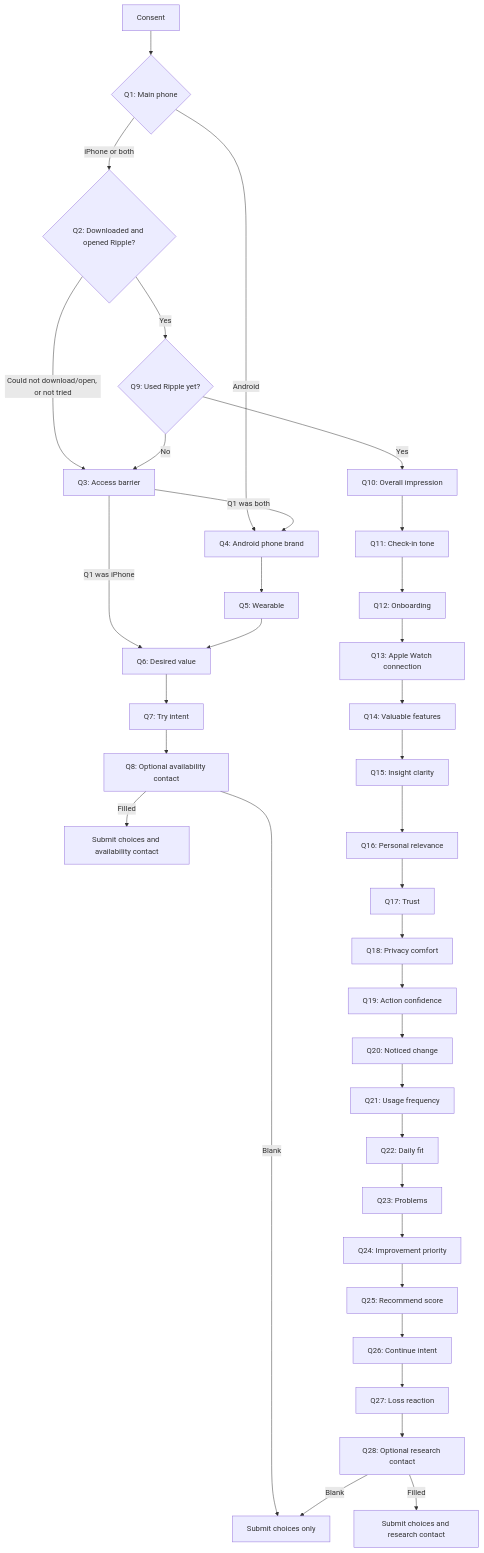
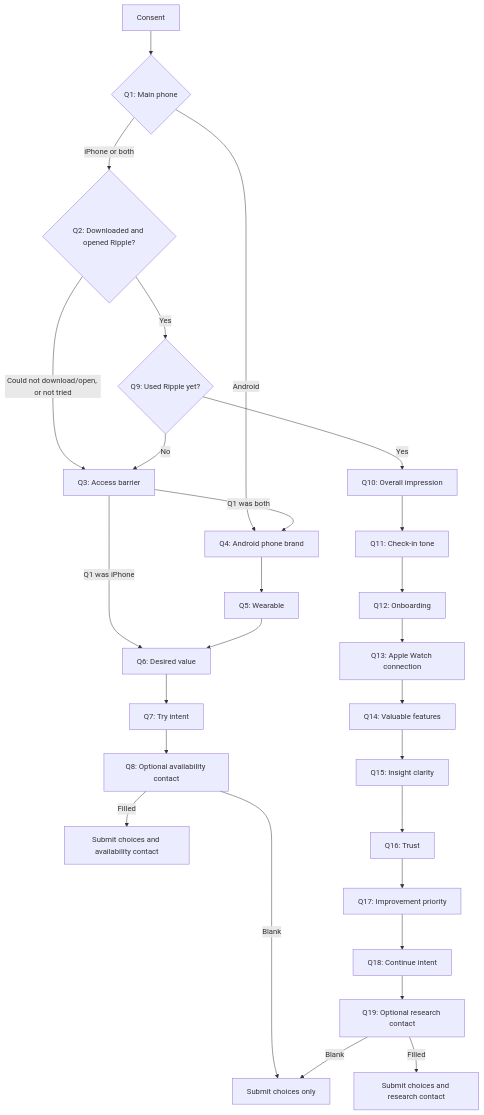
The diagram in ripple/FLOW.md (Monika-12138/oc-survey), drawn with Mermaid before and after one commit. The commit also changed other lines of this file and 2 other files, not shown here.

````diff
--- a/ripple/FLOW.md
+++ b/ripple/FLOW.md
@@ -136,40 +112,31 @@
 ```mermaid
 flowchart TD
   A[Consent] --> Q1{Q1: Main phone}
   Q1 -->|Android| Q4[Q4: Android phone brand]
   Q1 -->|iPhone or both| Q2{Q2: Downloaded and opened Ripple?}
 
   Q2 -->|Yes| Q9{Q9: Used Ripple yet?}
   Q2 -->|Could not download/open, or not tried| Q3[Q3: Access barrier]
   Q9 -->|No| Q3
   Q3 -->|Q1 was both| Q4
   Q3 -->|Q1 was iPhone| Q6[Q6: Desired value]
   Q4 --> Q5[Q5: Wearable]
   Q5 --> Q6
   Q6 --> Q7[Q7: Try intent]
   Q7 --> Q8[Q8: Optional availability contact]
   Q8 -->|Filled| AC[Submit choices and availability contact]
   Q8 -->|Blank| AS[Submit choices only]
 
   Q9 -->|Yes| Q10[Q10: Overall impression]
   Q10 --> Q11[Q11: Check-in tone]
   Q11 --> Q12[Q12: Onboarding]
   Q12 --> Q13[Q13: Apple Watch connection]
   Q13 --> Q14[Q14: Valuable features]
   Q14 --> Q15[Q15: Insight clarity]
-  Q15 --> Q16[Q16: Personal relevance]
-  Q16 --> Q17[Q17: Trust]
-  Q17 --> Q18[Q18: Privacy comfort]
-  Q18 --> Q19[Q19: Action confidence]
-  Q19 --> Q20[Q20: Noticed change]
-  Q20 --> Q21[Q21: Usage frequency]
-  Q21 --> Q22[Q22: Daily fit]
-  Q22 --> Q23[Q23: Problems]
-  Q23 --> Q24[Q24: Improvement priority]
-  Q24 --> Q25[Q25: Recommend score]
-  Q25 --> Q26[Q26: Continue intent]
-  Q26 --> Q27[Q27: Loss reaction]
-  Q27 --> Q28[Q28: Optional research contact]
-  Q28 -->|Filled| RC[Submit choices and research contact]
-  Q28 -->|Blank| AS
+  Q15 --> Q16[Q16: Trust]
+  Q16 --> Q17[Q17: Improvement priority]
+  Q17 --> Q18[Q18: Continue intent]
+  Q18 --> Q19[Q19: Optional research contact]
+  Q19 -->|Filled| RC[Submit choices and research contact]
+  Q19 -->|Blank| AS
 ```
````
